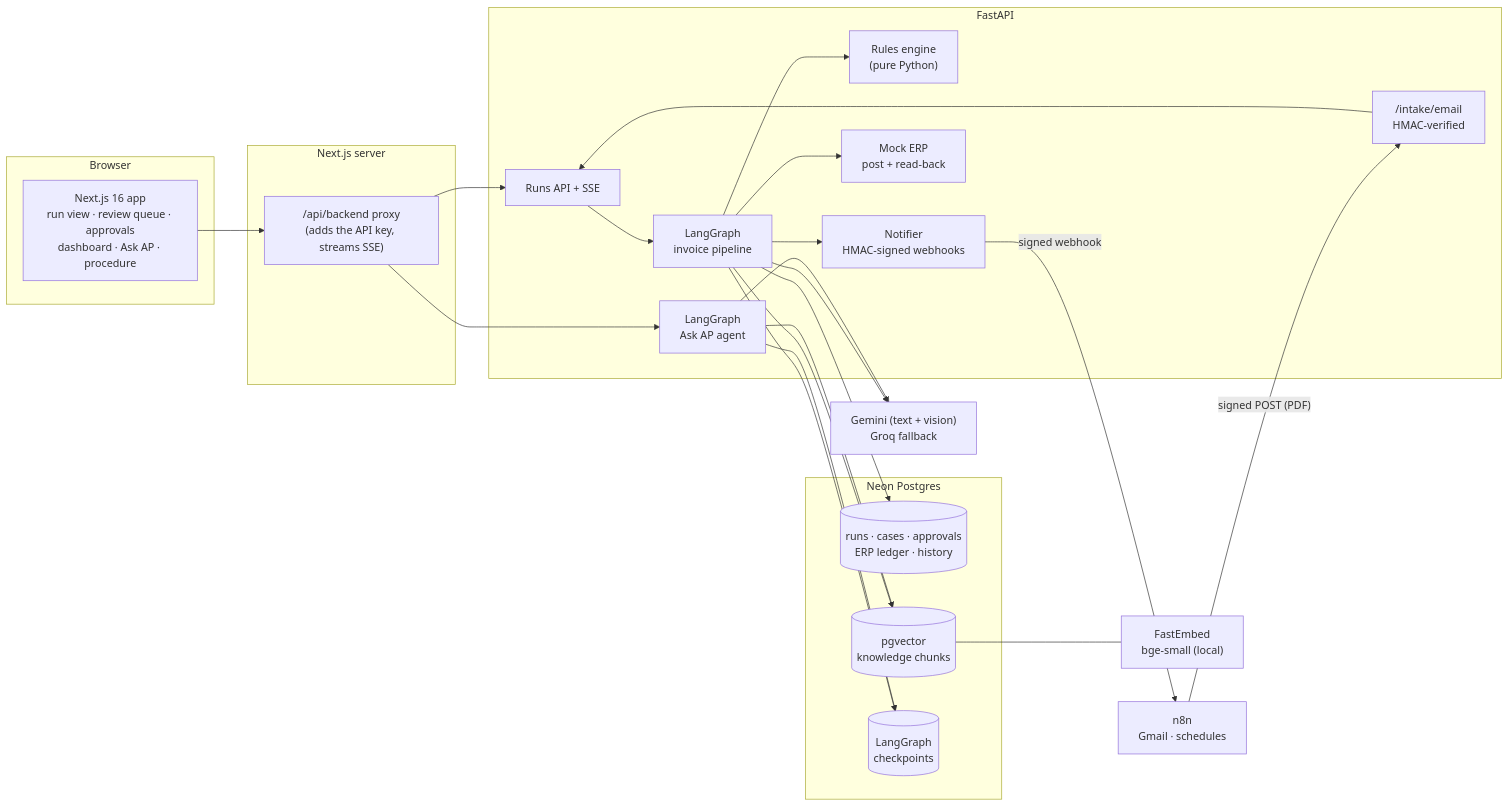
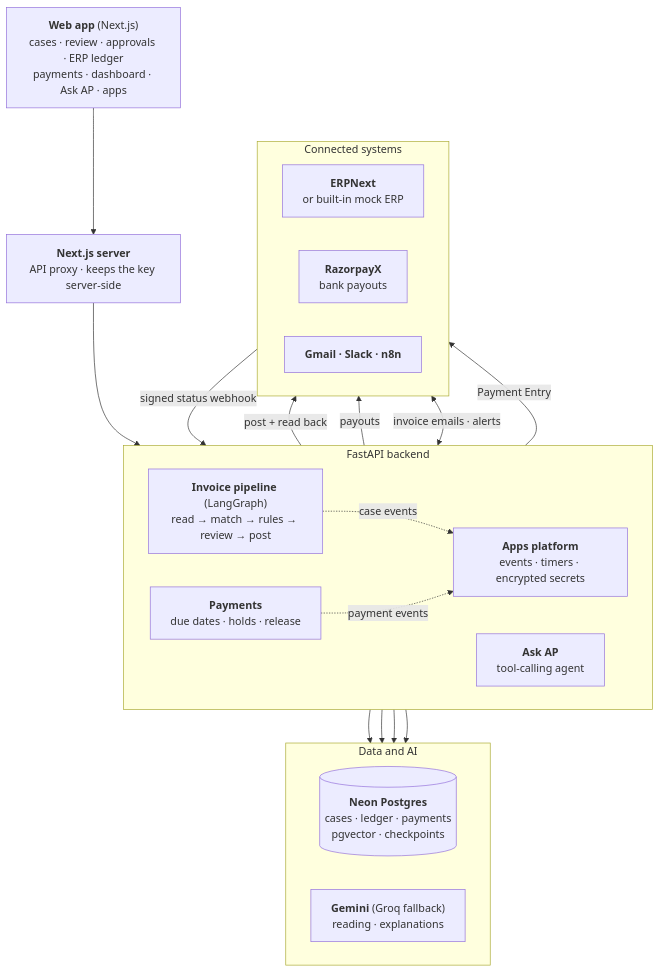
The first of 3 diagrams in README.md (SammithaS/sinoprex-invoice), drawn with Mermaid before and after one commit. The commit also changed other lines of this file, not shown here.

Commit message:
README: architecture overview; drop deployment section

````diff
--- a/README.md
+++ b/README.md
@@ -40,42 +40,39 @@
 ```mermaid
-flowchart LR
-  subgraph Browser
-    UI["Next.js 16 app<br/>run view · review queue · approvals<br/>dashboard · Ask AP · procedure"]
+flowchart TB
+  UI["<b>Web app</b> (Next.js)<br/>cases · review · approvals · ERP ledger<br/>payments · dashboard · Ask AP · apps"]
+  BFF["<b>Next.js server</b><br/>API proxy · keeps the key server-side"]
+
+  subgraph Core["FastAPI backend"]
+    direction LR
+    Pipe["<b>Invoice pipeline</b> (LangGraph)<br/>read → match → rules → review → post"]
+    Agent["<b>Ask AP</b><br/>tool-calling agent"]
+    Pay["<b>Payments</b><br/>due dates · holds · release"]
+    Apps["<b>Apps platform</b><br/>events · timers · encrypted secrets"]
   end
-  subgraph Vercel["Next.js server"]
-    BFF["/api/backend proxy<br/>(adds the API key, streams SSE)"]
+
+  subgraph Data["Data and AI"]
+    direction LR
+    DB[("<b>Neon Postgres</b><br/>cases · ledger · payments<br/>pgvector · checkpoints")]
+    LLM["<b>Gemini</b> (Groq fallback)<br/>reading · explanations"]
   end
-  subgraph API["FastAPI"]
-    Runs["Runs API + SSE"]
-    Graph["LangGraph<br/>invoice pipeline"]
-    Agent["LangGraph<br/>Ask AP agent"]
-    Rules["Rules engine<br/>(pure Python)"]
-    Intake["/intake/email<br/>HMAC-verified"]
-    Notify["Notifier<br/>HMAC-signed webhooks"]
-    ERP["Mock ERP<br/>post + read-back"]
+
+  subgraph Ext["Connected systems"]
+    direction LR
+    ERP["<b>ERPNext</b><br/>or built-in mock ERP"]
+    RZP["<b>RazorpayX</b><br/>bank payouts"]
+    MAIL["<b>Gmail · Slack · n8n</b>"]
   end
-  subgraph Data["Neon Postgres"]
-    PG[("runs · cases · approvals<br/>ERP ledger · history")]
-    VEC[("pgvector<br/>knowledge chunks")]
-    CK[("LangGraph<br/>checkpoints")]
-  end
-  LLM["Gemini (text + vision)<br/>Groq fallback"]
-  EMB["FastEmbed<br/>bge-small (local)"]
-  N8N["n8n<br/>Gmail · schedules"]
 
-  UI --> BFF --> Runs
-  BFF --> Agent
-  Runs --> Graph
-  Graph --> Rules
-  Graph --> ERP
-  Graph --> LLM
+  UI --> BFF --> Core
+  Pipe --> DB
+  Pipe --> LLM
+  Agent --> DB
   Agent --> LLM
-  Graph --> VEC
-  Agent --> VEC
-  VEC --- EMB
-  Graph --> PG
-  Graph --> CK
-  Agent --> CK
-  N8N -- "signed POST (PDF)" --> Intake --> Runs
-  Graph --> Notify -- "signed webhook" --> N8N
+  Pipe -- "post + read back" --> ERP
+  Pay -- "payouts" --> RZP
+  RZP -- "signed status webhook" --> Pay
+  Pipe -. "case events" .-> Apps
+  Pay -. "payment events" .-> Apps
+  Apps <-- "invoice emails · alerts" --> MAIL
+  Apps -- "Payment Entry" --> ERP
 ```
````
